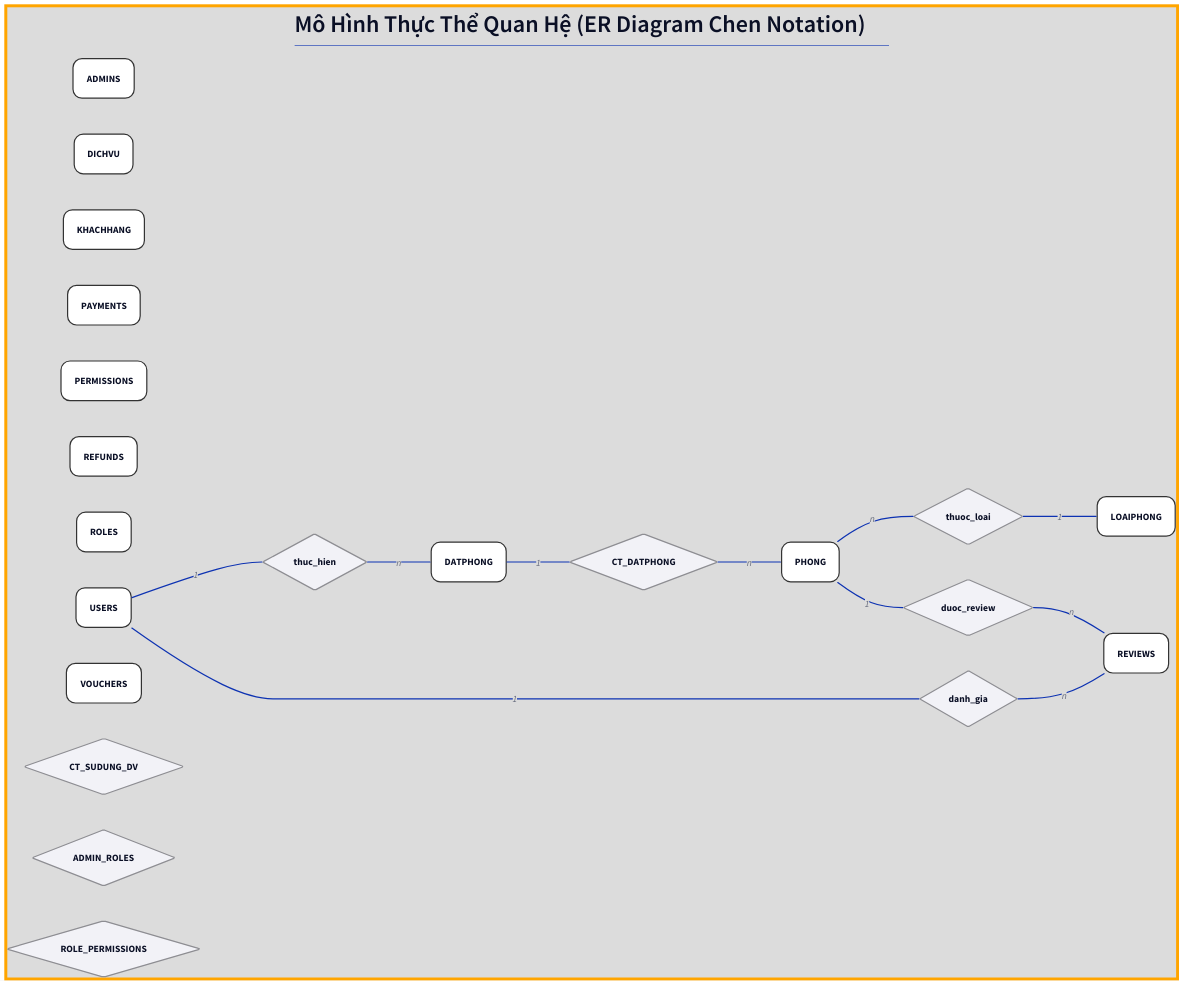
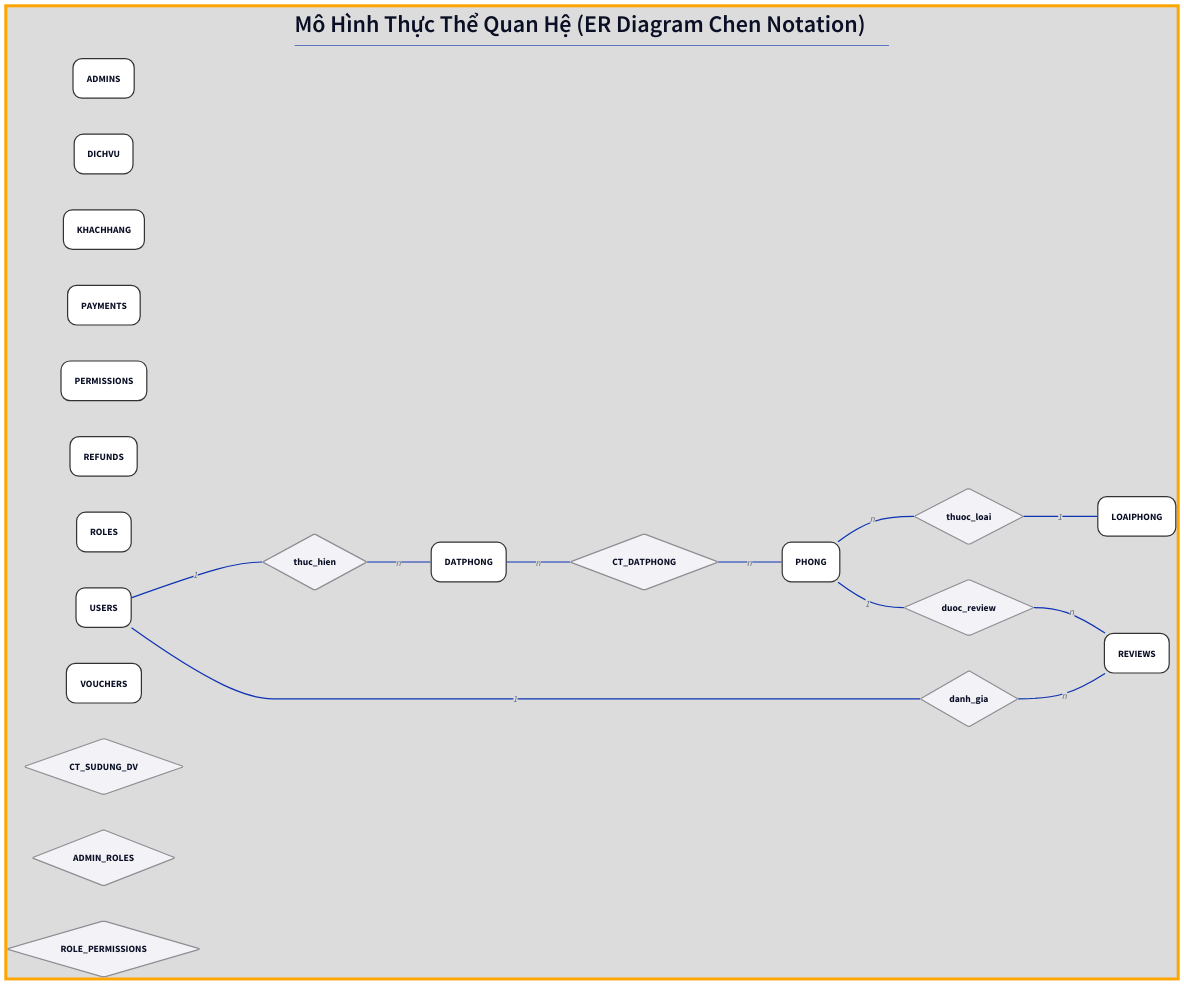
Before and after one commit to sam-uit/ie103-project-report: the diagram in report/content/diagrams/er.d2, drawn with D2.

```diff
--- a/report/content/diagrams/er.d2
+++ b/report/content/diagrams/er.d2
@@ -96,7 +96,7 @@
 USERS -- thuc_hien: 1
 thuc_hien -- DATPHONG: n
 
-DATPHONG -- CT_DATPHONG: 1
+DATPHONG -- CT_DATPHONG: n
 CT_DATPHONG -- PHONG: n
 
 PHONG -- thuoc_loai: n
```
